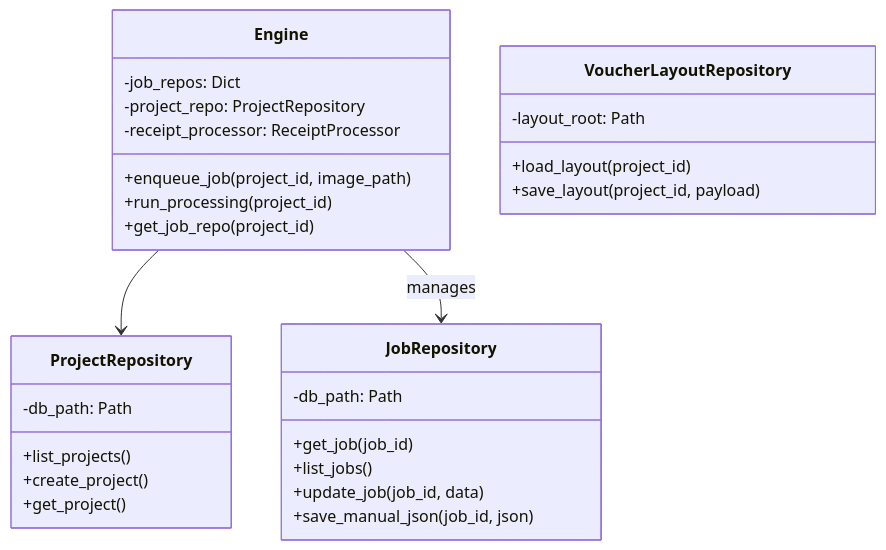
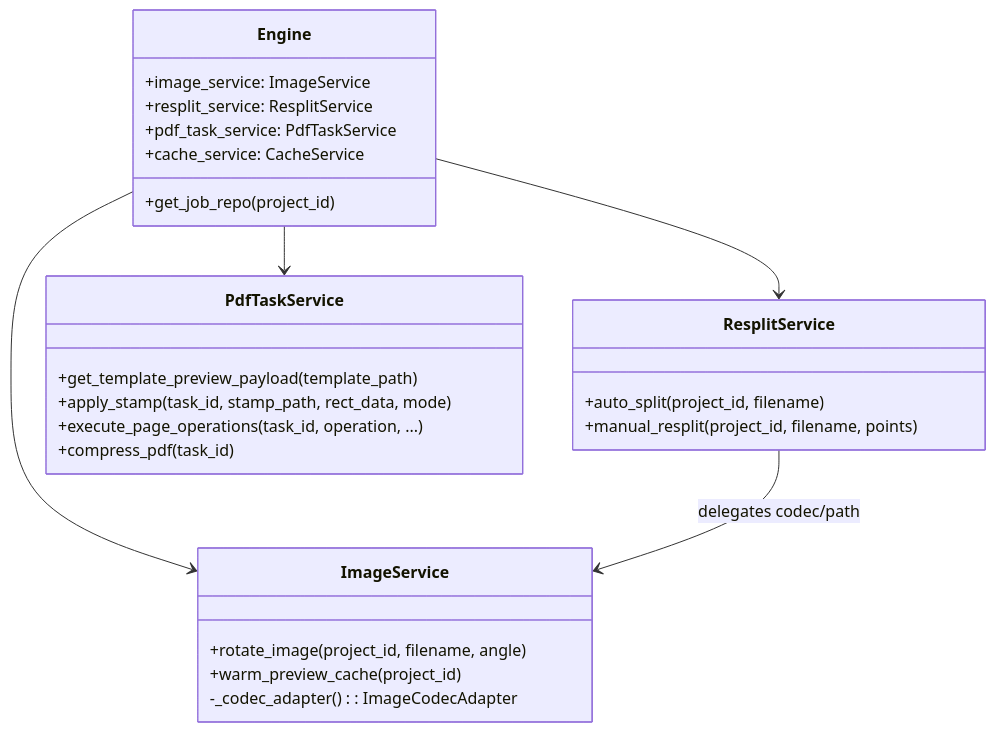
The second of 4 diagrams in docs/backend_architecture.md (Alan2O18/InvoSmart), drawn with Mermaid before and after one commit. The commit also changed other lines of this file and 53 other files, not shown here.

First line of the commit message:
feat(v0.0.25): 架構重構 — 3層邊界強制、服務拆分、前端視圖整合

````diff
--- a/docs/backend_architecture.md
+++ b/docs/backend_architecture.md
@@ -77,35 +135,33 @@
 ```mermaid
 classDiagram
     class Engine {
-        -job_repos: Dict
-        -project_repo: ProjectRepository
-        -receipt_processor: ReceiptProcessor
-        +enqueue_job(project_id, image_path)
-        +run_processing(project_id)
+        +image_service: ImageService
+        +resplit_service: ResplitService
+        +pdf_task_service: PdfTaskService
+        +cache_service: CacheService
         +get_job_repo(project_id)
     }
 
-    class ProjectRepository {
-        -db_path: Path
-        +list_projects()
-        +create_project()
-        +get_project()
+    class ImageService {
+        +rotate_image(project_id, filename, angle)
+        +warm_preview_cache(project_id)
+        -_codec_adapter(): ImageCodecAdapter
     }
 
-    class JobRepository {
-        -db_path: Path
-        +get_job(job_id)
-        +list_jobs()
-        +update_job(job_id, data)
-        +save_manual_json(job_id, json)
+    class ResplitService {
+        +auto_split(project_id, filename)
+        +manual_resplit(project_id, filename, points)
     }
 
-    class VoucherLayoutRepository {
-        -layout_root: Path
-        +load_layout(project_id)
-        +save_layout(project_id, payload)
+    class PdfTaskService {
+        +get_template_preview_payload(template_path)
+        +apply_stamp(task_id, stamp_path, rect_data, mode)
+        +execute_page_operations(task_id, operation, ...)
+        +compress_pdf(task_id)
     }
 
-    Engine --> ProjectRepository
-    Engine --> JobRepository : manages
+    Engine --> ImageService
+    Engine --> ResplitService
+    Engine --> PdfTaskService
+    ResplitService --> ImageService : delegates codec/path
 ```
````
